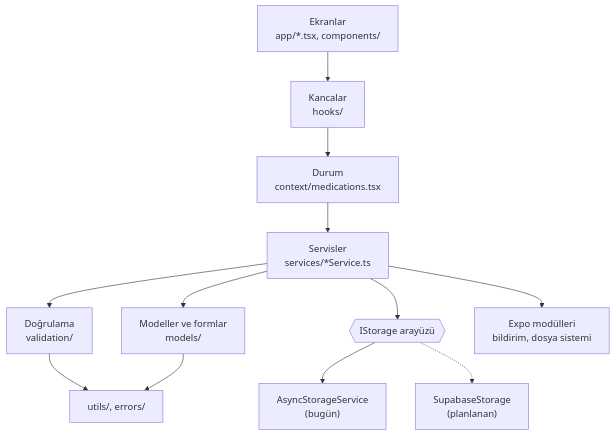
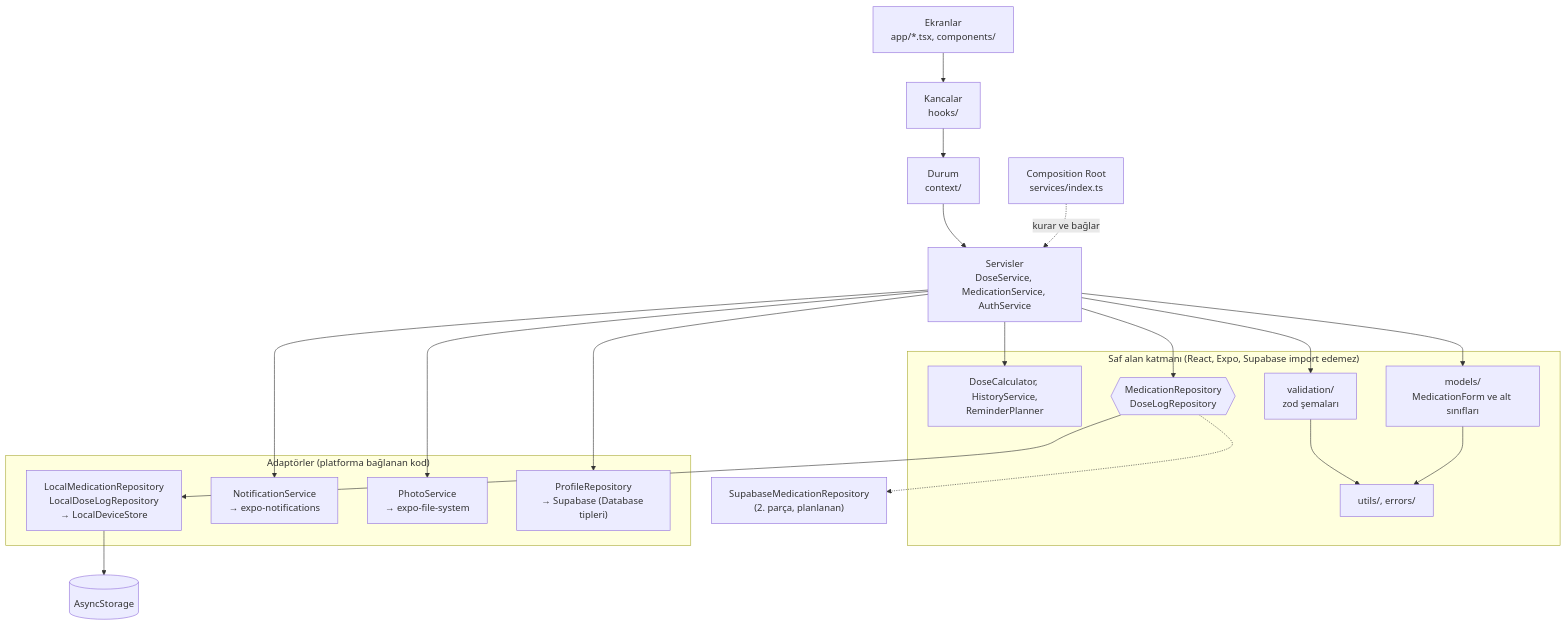
The first of 3 diagrams in docs/moduler-yapi.md (mustafabulut8/ilac-takip), drawn with Mermaid before and after one commit. The commit also changed other lines of this file, not shown here.

Commit message:
docs(yapi): diyagramlar repository ve saf alan katmanına göre güncellendi

````diff
--- a/docs/moduler-yapi.md
+++ b/docs/moduler-yapi.md
@@ -127,14 +132,36 @@
 ```mermaid
 flowchart TD
   UI["Ekranlar<br/>app/*.tsx, components/"] --> Hooks["Kancalar<br/>hooks/"]
-  Hooks --> Ctx["Durum<br/>context/medications.tsx"]
-  Ctx --> Svc["Servisler<br/>services/*Service.ts"]
-  Svc --> Val["Doğrulama<br/>validation/"]
-  Svc --> Models["Modeller ve formlar<br/>models/"]
-  Svc --> IStorage{{"IStorage arayüzü"}}
-  IStorage --> Async["AsyncStorageService<br/>(bugün)"]
-  IStorage -.-> Supa["SupabaseStorage<br/>(planlanan)"]
-  Svc --> Expo["Expo modülleri<br/>bildirim, dosya sistemi"]
-  Val --> Utils["utils/, errors/"]
+  Hooks --> Ctx["Durum<br/>context/"]
+  Ctx --> Svc["Servisler<br/>DoseService, MedicationService, AuthService"]
+  Root["Composition Root<br/>services/index.ts"] -. kurar ve bağlar .-> Svc
+
+  subgraph Alan["Saf alan katmanı (React, Expo, Supabase import edemez)"]
+    Calc["DoseCalculator, HistoryService,<br/>ReminderPlanner"]
+    Repo{{"MedicationRepository<br/>DoseLogRepository"}}
+    Val["validation/<br/>zod şemaları"]
+    Models["models/<br/>MedicationForm ve alt sınıfları"]
+    Utils["utils/, errors/"]
+  end
+
+  Svc --> Calc
+  Svc --> Repo
+  Svc --> Val
+  Svc --> Models
+  Val --> Utils
   Models --> Utils
+
+  subgraph Adaptor["Adaptörler (platforma bağlanan kod)"]
+    Local["LocalMedicationRepository<br/>LocalDoseLogRepository<br/>→ LocalDeviceStore"]
+    Notif["NotificationService<br/>→ expo-notifications"]
+    Photo["PhotoService<br/>→ expo-file-system"]
+    Prof["ProfileRepository<br/>→ Supabase (Database tipleri)"]
+  end
+
+  Repo --> Local
+  Repo -.-> SupaRepo["SupabaseMedicationRepository<br/>(2. parça, planlanan)"]
+  Local --> Async[("AsyncStorage")]
+  Svc --> Notif
+  Svc --> Photo
+  Svc --> Prof
 ```
````
